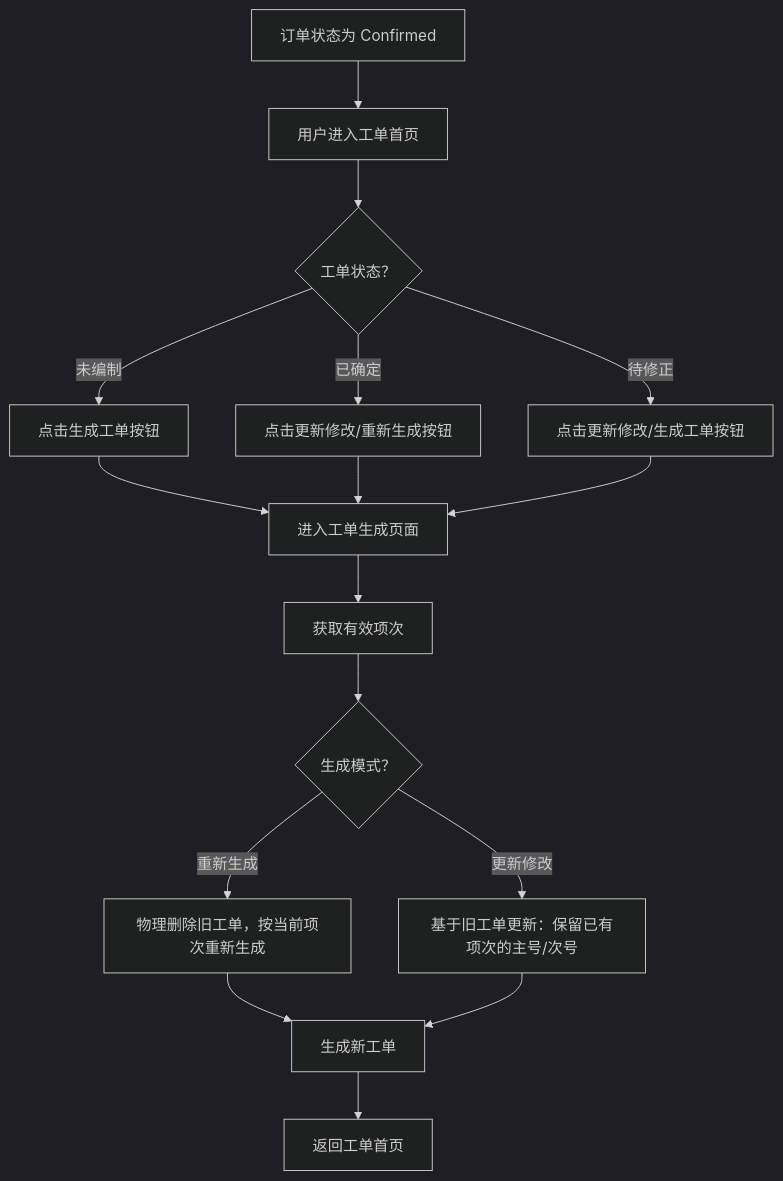
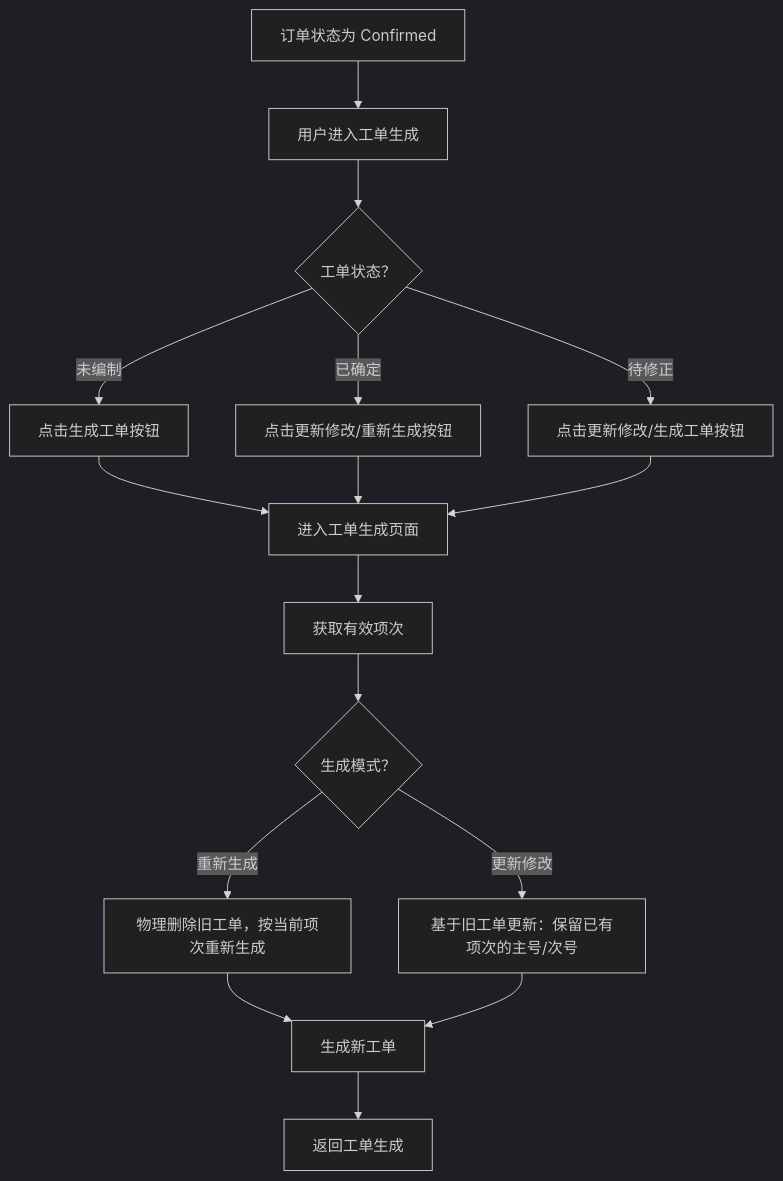
Before and after one commit to zhz151/MES: the first of 7 diagrams in docs/模块设计/工单模块详细设计.md, drawn with Mermaid (dark theme). The commit also changed other lines of this file and 317 other files, not shown here.

````diff
--- a/docs/模块设计/工单模块详细设计.md
+++ b/docs/模块设计/工单模块详细设计.md
@@ -36,18 +36,18 @@
 ```mermaid
 flowchart TD
-    A[订单状态为 Confirmed] --> B[用户进入工单首页]
+    A[订单状态为 Confirmed] --> B[用户进入工单生成]
     B --> C{工单状态？}
     C -->|未编制| D[点击生成工单按钮]
     C -->|已确定| E[点击更新修改/重新生成按钮]
     C -->|待修正| F[点击更新修改/生成工单按钮]
     D --> G[进入工单生成页面]
     E --> G
     F --> G
     G --> H[获取有效项次]
     H --> I{生成模式？}
     I -->|重新生成| J[物理删除旧工单，按当前项次重新生成]
     I -->|更新修改| K[基于旧工单更新：保留已有项次的主号/次号]
     J --> L[生成新工单]
     K --> L
-    L --> M[返回工单首页]
+    L --> M[返回工单生成]
 ```
````
